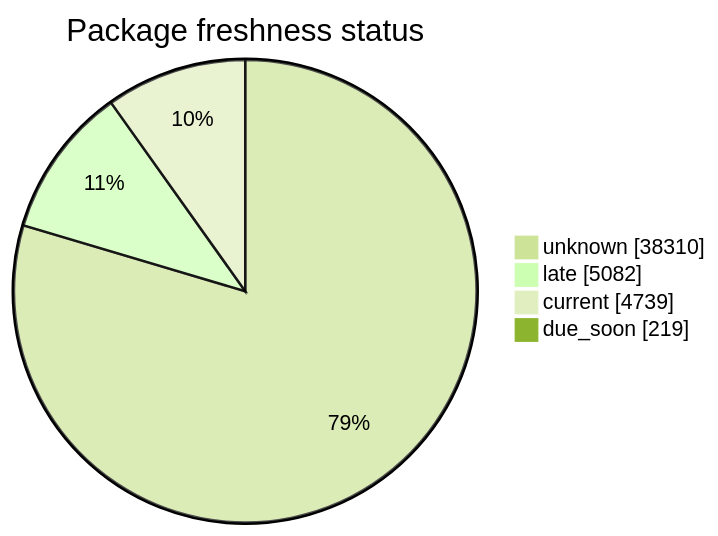
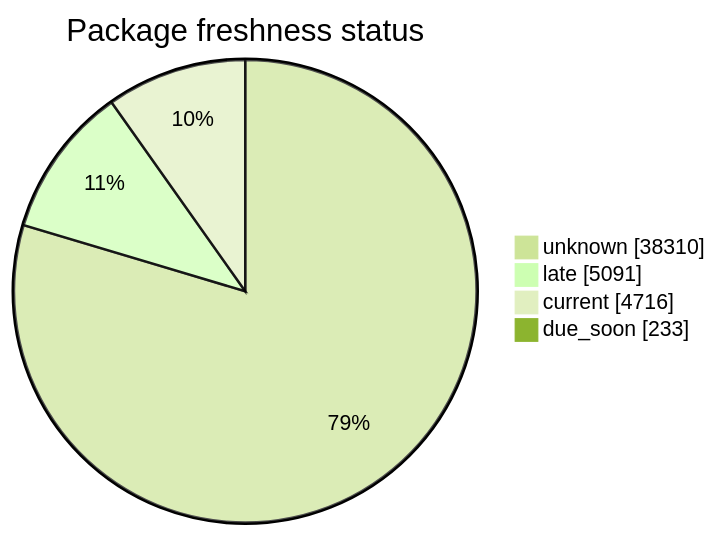
One commit to open-data/analytics-corporate-reporting changed the second of 5 diagrams in FreshCheck/README.md. Above: the diagram before and after it, drawn with Mermaid (forest theme). The commit also changed other lines of this file and 3 other files, not shown here.

````diff
--- a/FreshCheck/README.md
+++ b/FreshCheck/README.md
@@ -68,7 +68,7 @@
 ```mermaid
 pie showData title Package freshness status
     "unknown": 38310
-    "late": 5082
-    "current": 4739
-    "due_soon": 219
+    "late": 5091
+    "current": 4716
+    "due_soon": 233
 ```
````
